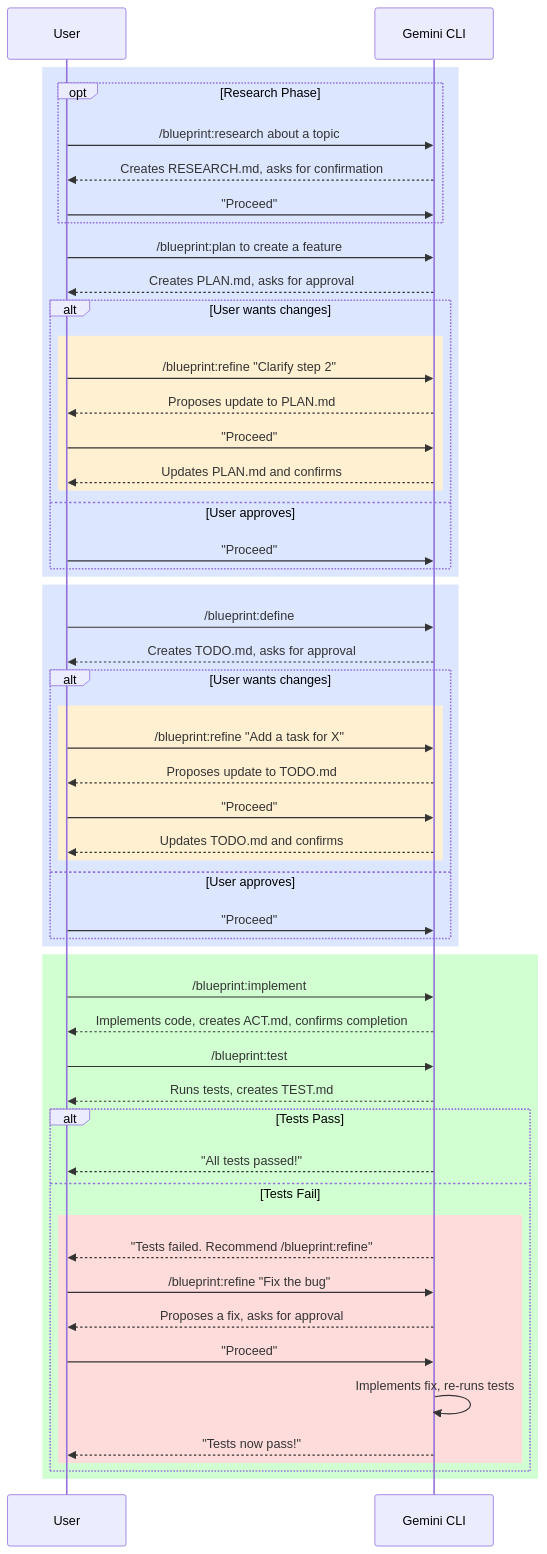
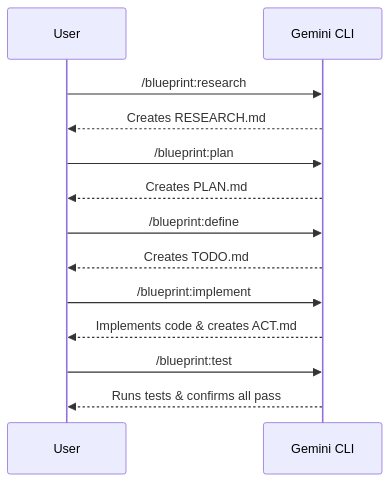
The diagram in README.md (toannh-nalvn/gemini-cli-blueprint-extension), drawn with Mermaid before and after one commit.

Commit message:
Make Mermaid diagram more legible

````diff
--- a/README.md
+++ b/README.md
@@ -31,62 +31,21 @@
 ```mermaid
 sequenceDiagram
     participant User
     participant Gemini CLI
 
-    rect rgb(220, 230, 255)
-    opt Research Phase
-        User->>Gemini CLI: /blueprint:research about a topic
-        Gemini CLI-->>User: Creates RESEARCH.md, asks for confirmation
-        User->>Gemini CLI: "Proceed"
-    end
+    User->>Gemini CLI: /blueprint:research
+    Gemini CLI-->>User: Creates RESEARCH.md
 
-    User->>Gemini CLI: /blueprint:plan to create a feature
-    Gemini CLI-->>User: Creates PLAN.md, asks for approval
-    alt User wants changes
-        rect rgb(255, 240, 210)
-        User->>Gemini CLI: /blueprint:refine "Clarify step 2"
-        Gemini CLI-->>User: Proposes update to PLAN.md
-        User->>Gemini CLI: "Proceed"
-        Gemini CLI-->>User: Updates PLAN.md and confirms
-        end
-    else User approves
-        User->>Gemini CLI: "Proceed"
-    end
-    end
+    User->>Gemini CLI: /blueprint:plan
+    Gemini CLI-->>User: Creates PLAN.md
 
-    rect rgb(220, 230, 255)
     User->>Gemini CLI: /blueprint:define
-    Gemini CLI-->>User: Creates TODO.md, asks for approval
-    alt User wants changes
-        rect rgb(255, 240, 210)
-        User->>Gemini CLI: /blueprint:refine "Add a task for X"
-        Gemini CLI-->>User: Proposes update to TODO.md
-        User->>Gemini CLI: "Proceed"
-        Gemini CLI-->>User: Updates TODO.md and confirms
-        end
-    else User approves
-        User->>Gemini CLI: "Proceed"
-    end
-    end
+    Gemini CLI-->>User: Creates TODO.md
 
-    rect rgb(210, 255, 210)
     User->>Gemini CLI: /blueprint:implement
-    Gemini CLI-->>User: Implements code, creates ACT.md, confirms completion
+    Gemini CLI-->>User: Implements code & creates ACT.md
 
     User->>Gemini CLI: /blueprint:test
-    Gemini CLI-->>User: Runs tests, creates TEST.md
-    alt Tests Pass
-        Gemini CLI-->>User: "All tests passed!"
-    else Tests Fail
-        rect rgb(255, 220, 220)
-        Gemini CLI-->>User: "Tests failed. Recommend /blueprint:refine"
+    Gemini CLI-->>User: Runs tests & confirms all pass
 
-        User->>Gemini CLI: /blueprint:refine "Fix the bug"
-        Gemini CLI-->>User: Proposes a fix, asks for approval
-        User->>Gemini CLI: "Proceed"
-        Gemini CLI->>Gemini CLI: Implements fix, re-runs tests
-        Gemini CLI-->>User: "Tests now pass!"
-        end
-    end
-    end
 ```
````
